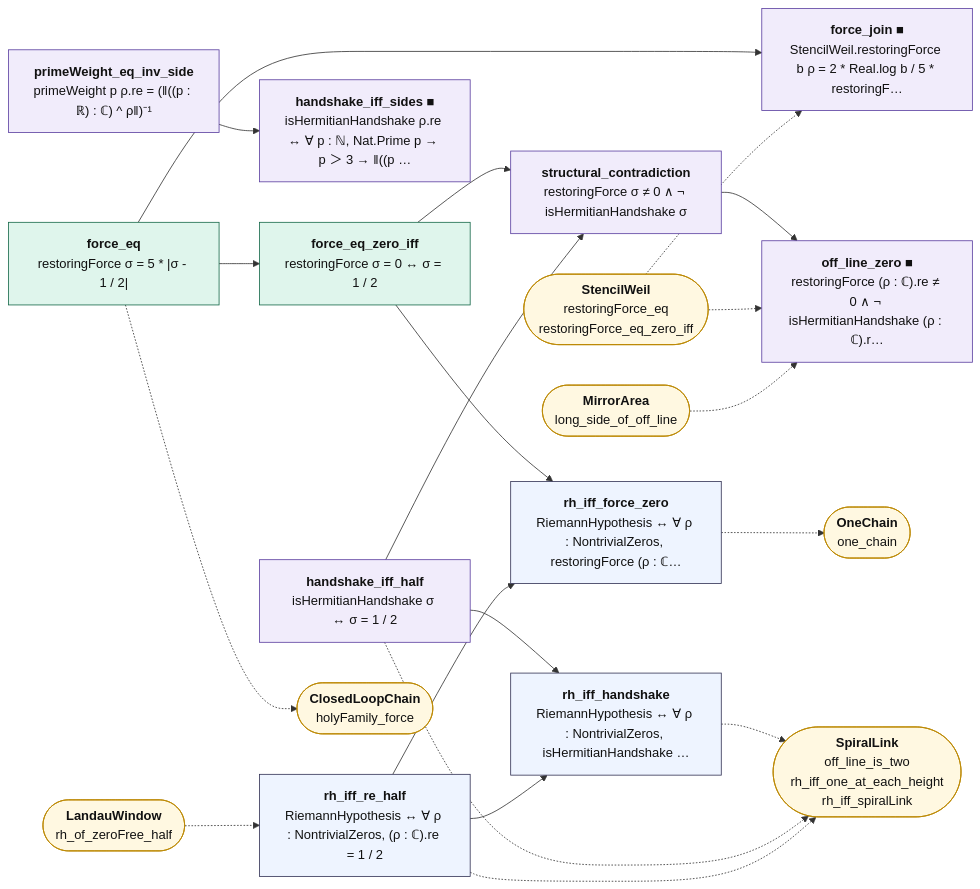
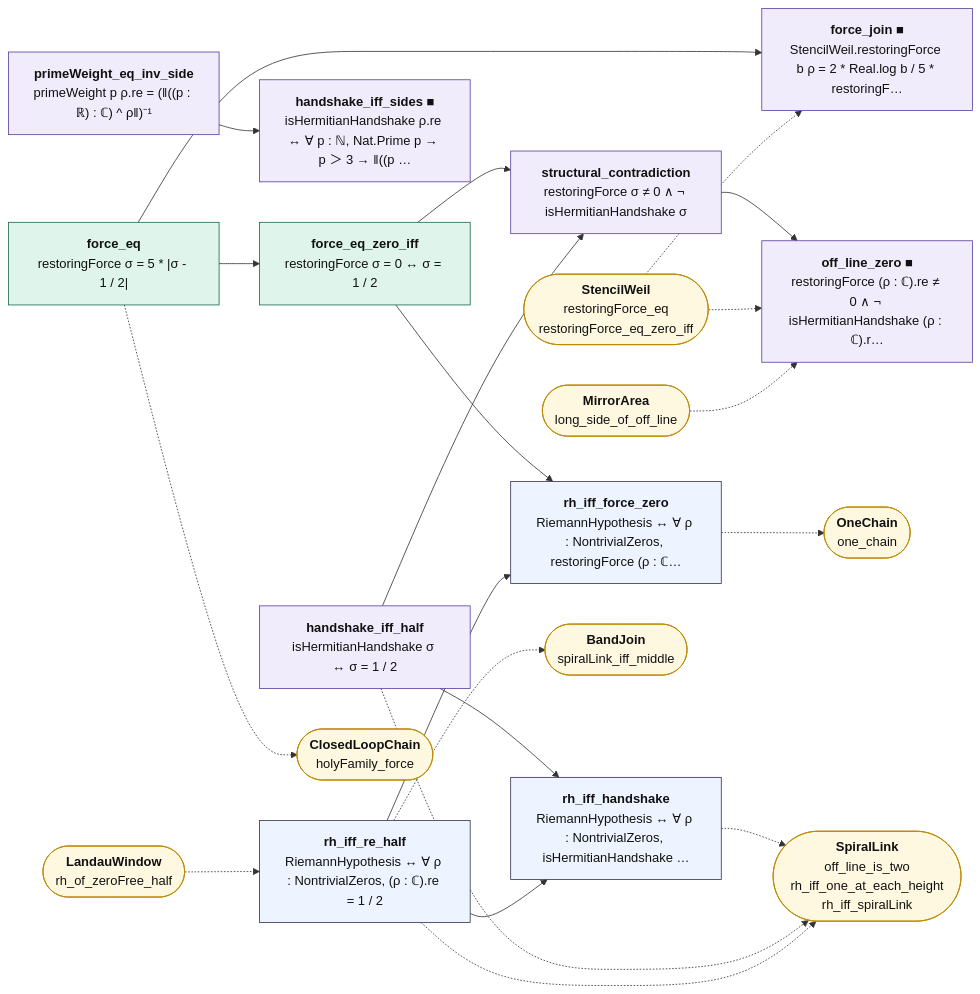
One commit to juliansambranojr/Primebeat_081426 changed the diagram in map/lean_stage3/ClosedLoopJoin.mmd. Above: the diagram before and after it, drawn with Mermaid. The commit also changed 27 other files, not shown here.

First line of the commit message:
Block J5: the band of the deep zero joined to the chain (unit 0488)

```diff
--- a/map/lean_stage3/ClosedLoopJoin.mmd
+++ b/map/lean_stage3/ClosedLoopJoin.mmd
@@ -1,45 +1,47 @@
 flowchart LR
   n0["<b>force_eq</b><br/>restoringForce σ = 5 * |σ - 1 / 2|"]:::cnt
   n1["<b>force_join ■</b><br/>StencilWeil.restoringForce b ρ = 2 * Real.log b / 5 * restoringF…"]:::shp
   n2["<b>force_eq_zero_iff</b><br/>restoringForce σ = 0 ↔ σ = 1 / 2"]:::cnt
   n3["<b>primeWeight_eq_inv_side</b><br/>primeWeight p ρ.re = (‖((p : ℝ) : ℂ) ^ ρ‖)⁻¹"]:::shp
   n4["<b>handshake_iff_sides ■</b><br/>isHermitianHandshake ρ.re ↔ ∀ p : ℕ, Nat.Prime p → p ＞ 3 → ‖((p …"]:::shp
   n5["<b>handshake_iff_half</b><br/>isHermitianHandshake σ ↔ σ = 1 / 2"]:::shp
   n6["<b>structural_contradiction</b><br/>restoringForce σ ≠ 0 ∧ ¬ isHermitianHandshake σ"]:::shp
   n7["<b>off_line_zero ■</b><br/>restoringForce (ρ : ℂ).re ≠ 0 ∧ ¬ isHermitianHandshake (ρ : ℂ).r…"]:::shp
   n8["<b>rh_iff_re_half</b><br/>RiemannHypothesis ↔ ∀ ρ : NontrivialZeros, (ρ : ℂ).re = 1 / 2"]:::thm
   n9["<b>rh_iff_force_zero</b><br/>RiemannHypothesis ↔ ∀ ρ : NontrivialZeros, restoringForce (ρ : ℂ…"]:::thm
   n10["<b>rh_iff_handshake</b><br/>RiemannHypothesis ↔ ∀ ρ : NontrivialZeros, isHermitianHandshake …"]:::thm
   x0(["<b>ClosedLoopChain</b><br/>holyFamily_force"]):::ext
   x1(["<b>StencilWeil</b><br/>restoringForce_eq<br/>restoringForce_eq_zero_iff"]):::ext
   x2(["<b>SpiralLink</b><br/>off_line_is_two<br/>rh_iff_one_at_each_height<br/>rh_iff_spiralLink"]):::ext
   x3(["<b>MirrorArea</b><br/>long_side_of_off_line"]):::ext
   x4(["<b>LandauWindow</b><br/>rh_of_zeroFree_half"]):::ext
-  x5(["<b>OneChain</b><br/>one_chain"]):::ext
+  x5(["<b>BandJoin</b><br/>spiralLink_iff_middle"]):::ext
+  x6(["<b>OneChain</b><br/>one_chain"]):::ext
   n0 --> n1
   n0 --> n2
   n2 --> n6
   n2 --> n9
   n3 --> n4
   n5 --> n10
   n5 --> n6
   n6 --> n7
   n8 --> n10
   n8 --> n9
   n0 -.-> x0
   n10 -.-> x2
   n5 -.-> x2
   n8 -.-> x2
-  n9 -.-> x5
+  n8 -.-> x5
+  n9 -.-> x6
   x1 -.-> n1
   x1 -.-> n7
   x3 -.-> n7
   x4 -.-> n8
   classDef cnt fill:#dff5ec,stroke:#17694a,color:#111
   classDef shp fill:#f1ecfb,stroke:#5b3fa0,color:#111
   classDef rh fill:#ffe5e5,stroke:#c22,color:#111,stroke-width:2px
   classDef thm fill:#eef4ff,stroke:#335,color:#111
   classDef end_ fill:#e7f7e7,stroke:#2a7,color:#111,stroke-width:2px
   classDef lone fill:#fff,stroke:#999,color:#111,stroke-dasharray:4 3
   classDef bad fill:#ffe5e5,stroke:#c22,color:#111,stroke-width:2px
   classDef ext fill:#fff8e1,stroke:#b80,color:#111
```
